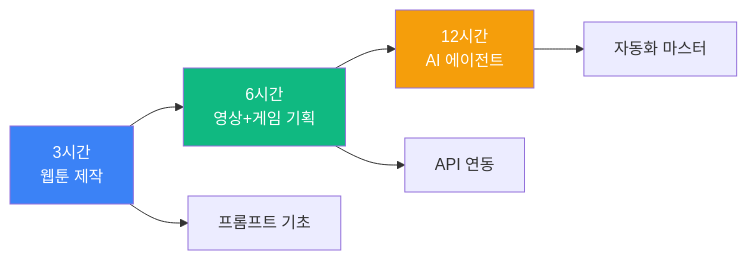
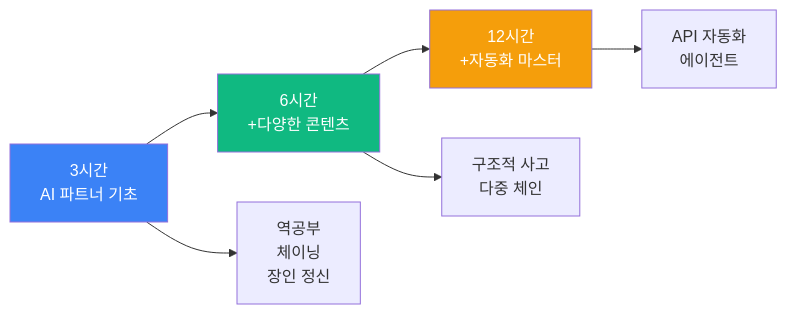
The first of 9 diagrams in documents/CURRICULUM/맛보기_ChatGPT_크리에이터.md (Collegenie-X/AIMakerLab_Web), drawn with Mermaid before and after one commit. The commit also changed other lines of this file and 3 other files, not shown here.

````diff
--- a/documents/CURRICULUM/맛보기_ChatGPT_크리에이터.md
+++ b/documents/CURRICULUM/맛보기_ChatGPT_크리에이터.md
@@ -55,13 +107,13 @@
 ```mermaid
 graph LR
-    A[3시간<br/>웹툰 제작] --> B[6시간<br/>영상+게임 기획]
-    B --> C[12시간<br/>AI 에이전트]
+    A[3시간<br/>AI 파트너 기초] --> B[6시간<br/>+다양한 콘텐츠]
+    B --> C[12시간<br/>+자동화 마스터]
     
-    A --> A1[프롬프트 기초]
-    B --> B1[API 연동]
-    C --> C1[자동화 마스터]
+    A --> A1[역공부<br/>체이닝<br/>장인 정신]
+    B --> B1[구조적 사고<br/>다중 체인]
+    C --> C1[API 자동화<br/>에이전트]
     
     style A fill:#3b82f6,color:#fff
     style B fill:#10b981,color:#fff
     style C fill:#f59e0b,color:#fff
 ```
````
